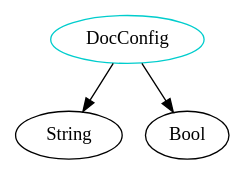
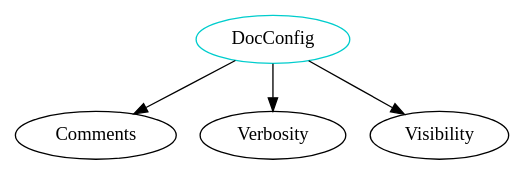
One commit to JacquesCarette/Drasil changed the diagram in analysis/TypeDependencyGraphs/code/DocConfig.dot. Above: the diagram before and after it, drawn with Graphviz. The commit also changed 359 other files, not shown here.

```diff
--- a/analysis/TypeDependencyGraphs/code/DocConfig.dot
+++ b/analysis/TypeDependencyGraphs/code/DocConfig.dot
@@ -1,5 +1,6 @@
 digraph docconfig{
 DocConfig	[shape=oval, color=cyan3, label="DocConfig"];
-DocConfig -> String;
-DocConfig -> Bool;
+DocConfig -> Comments;
+DocConfig -> Verbosity;
+DocConfig -> Visibility;
 }
```
